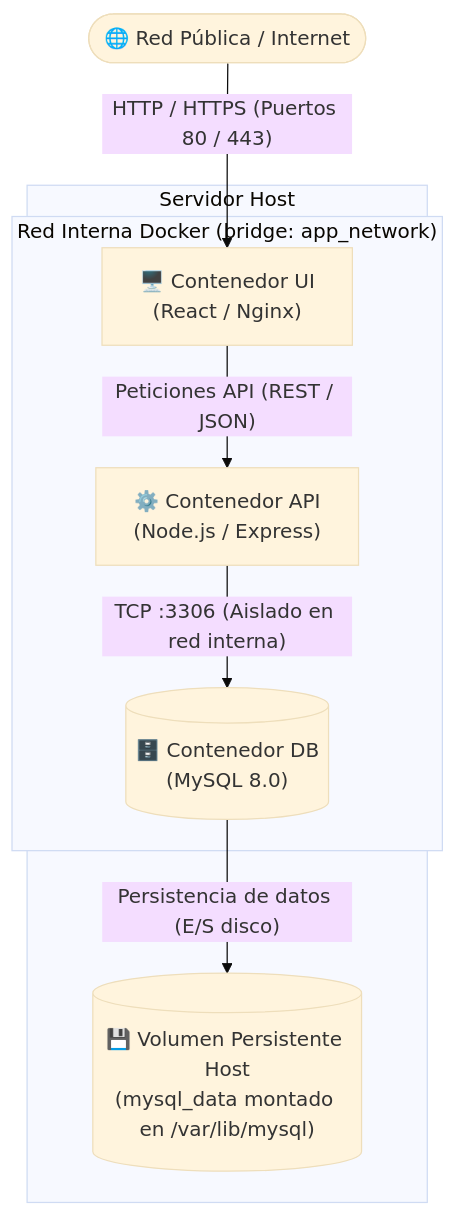
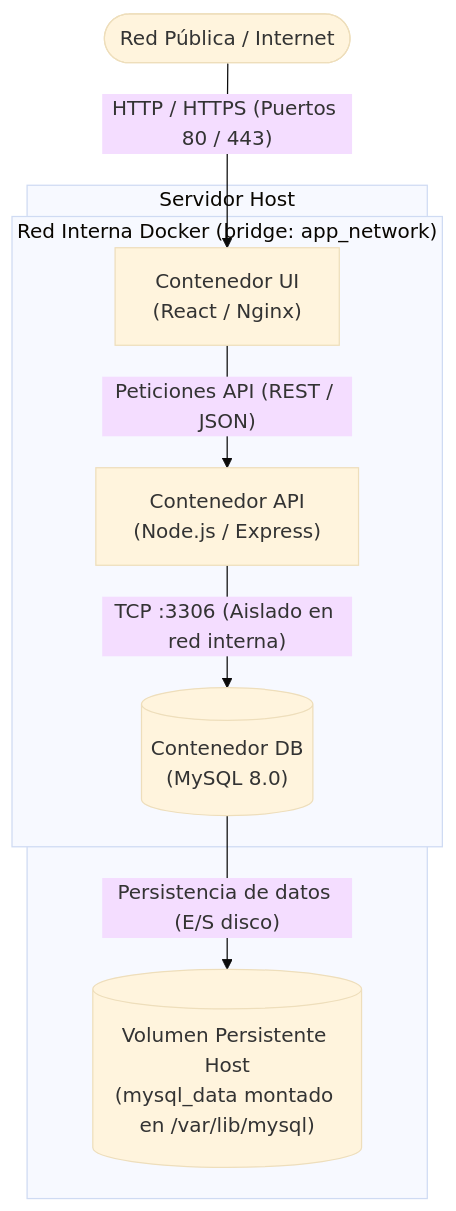
One commit to SEBASTIANTORRESL0K1/ecocampus changed the third of 3 diagrams in docs/arquitectura.md. Above: the diagram before and after it, drawn with Mermaid (base theme). The commit also changed other lines of this file, not shown here.

````diff
--- a/docs/arquitectura.md
+++ b/docs/arquitectura.md
@@ -178,19 +183,19 @@
 ```mermaid
 flowchart TD
-    Internet(["🌐 Red Pública / Internet"])
+    Internet(["Red Pública / Internet"])
 
     subgraph Host ["Servidor Host"]
         subgraph RedDocker ["Red Interna Docker (bridge: app_network)"]
-            ContUI["🖥️ Contenedor UI<br/>(React / Nginx)"]
-            ContAPI["⚙️ Contenedor API<br/>(Node.js / Express)"]
-            ContDB[("🗄️ Contenedor DB<br/>(MySQL 8.0)")]
+            ContUI["Contenedor UI<br/>(React / Nginx)"]
+            ContAPI["Contenedor API<br/>(Node.js / Express)"]
+            ContDB[("Contenedor DB<br/>(MySQL 8.0)")]
         end
 
-        Volumen[("💾 Volumen Persistente Host<br/>(mysql_data montado en /var/lib/mysql)")]
+        Volumen[("Volumen Persistente Host<br/>(mysql_data montado en /var/lib/mysql)")]
     end
 
     Internet -->|"HTTP / HTTPS (Puertos 80 / 443)"| ContUI
     ContUI -->|"Peticiones API (REST / JSON)"| ContAPI
     ContAPI -->|"TCP :3306 (Aislado en red interna)"| ContDB
     ContDB -->|"Persistencia de datos (E/S disco)"| Volumen
 ```
````
